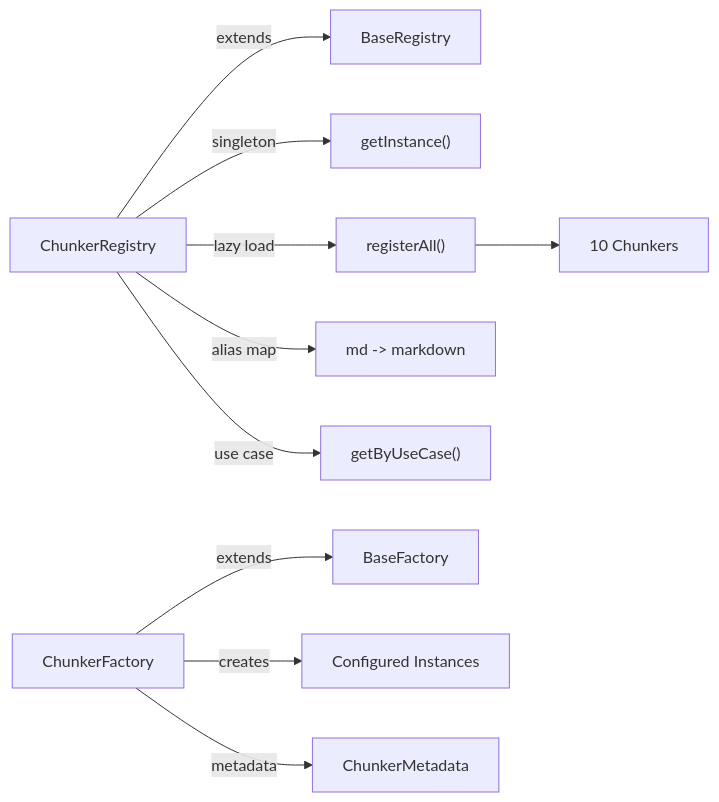
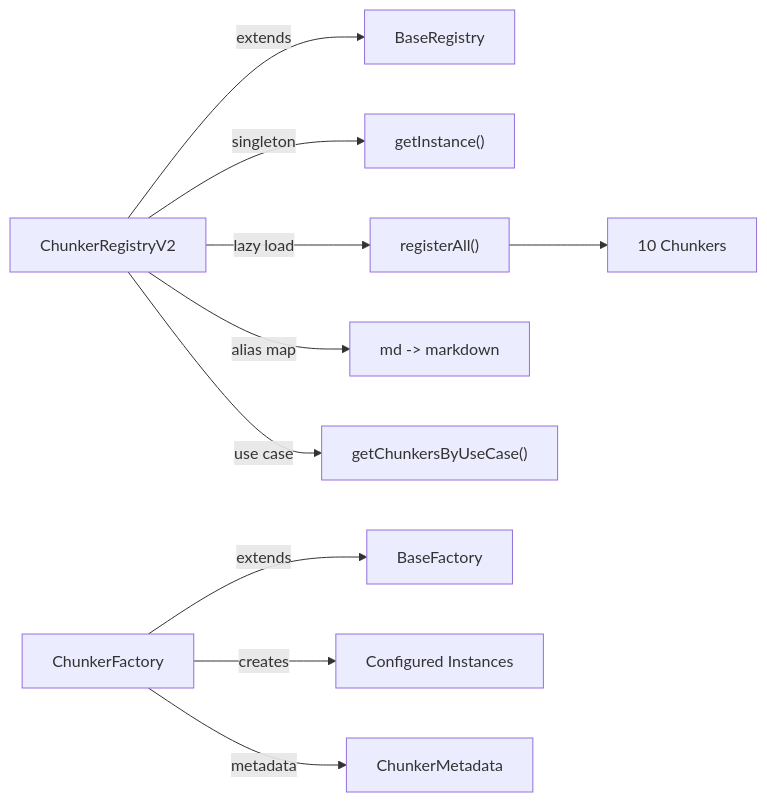
The first of 3 diagrams in _posts/2025-11-01-how-we-built-rag-pipeline.md (juspay/neurolink-blog), drawn with Mermaid before and after one commit. The commit also changed other lines of this file and 172 other files, not shown here.

````diff
--- a/_posts/2025-11-01-how-we-built-rag-pipeline.md
+++ b/_posts/2025-11-01-how-we-built-rag-pipeline.md
@@ -85,12 +87,12 @@
 ```mermaid
 flowchart LR
-    A["ChunkerRegistry"] -->|"extends"| B["BaseRegistry"]
+    A["ChunkerRegistryV2"] -->|"extends"| B["BaseRegistry"]
     A -->|"singleton"| C["getInstance()"]
     A -->|"lazy load"| D["registerAll()"]
     D --> E["10 Chunkers"]
     A -->|"alias map"| F["md -> markdown"]
-    A -->|"use case"| G["getByUseCase()"]
+    A -->|"use case"| G["getChunkersByUseCase()"]
     H["ChunkerFactory"] -->|"extends"| I["BaseFactory"]
     H -->|"creates"| J["Configured Instances"]
     H -->|"metadata"| K["ChunkerMetadata"]
 ```
````
